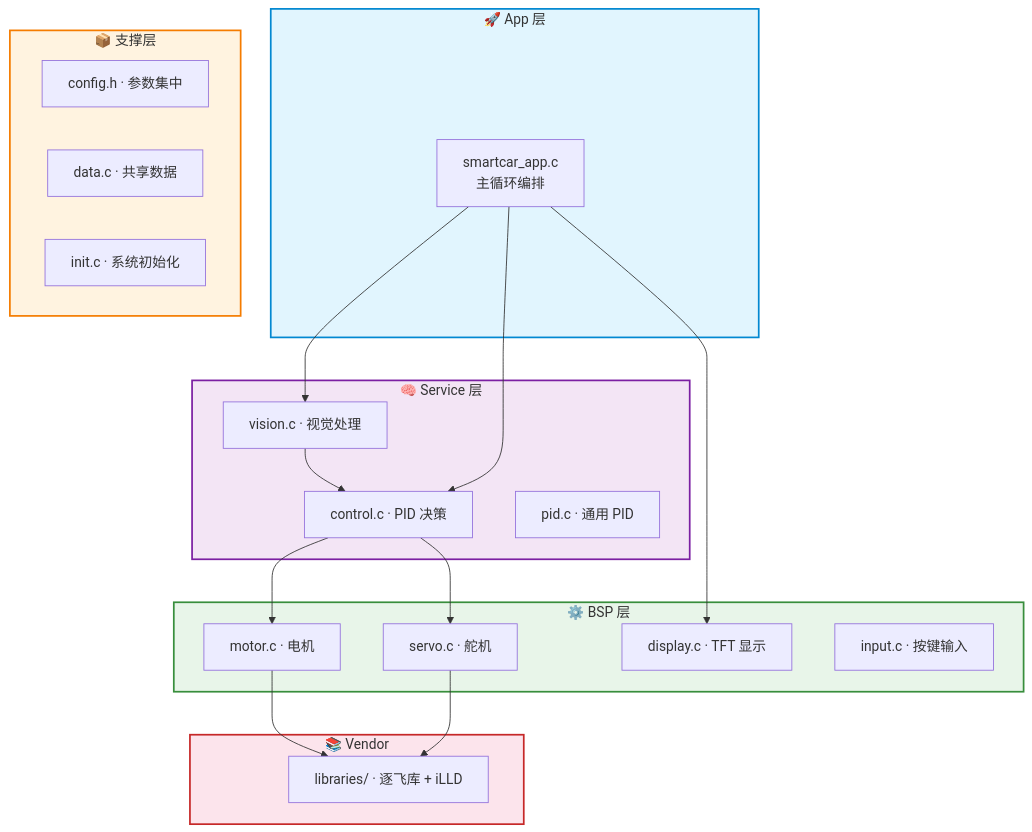
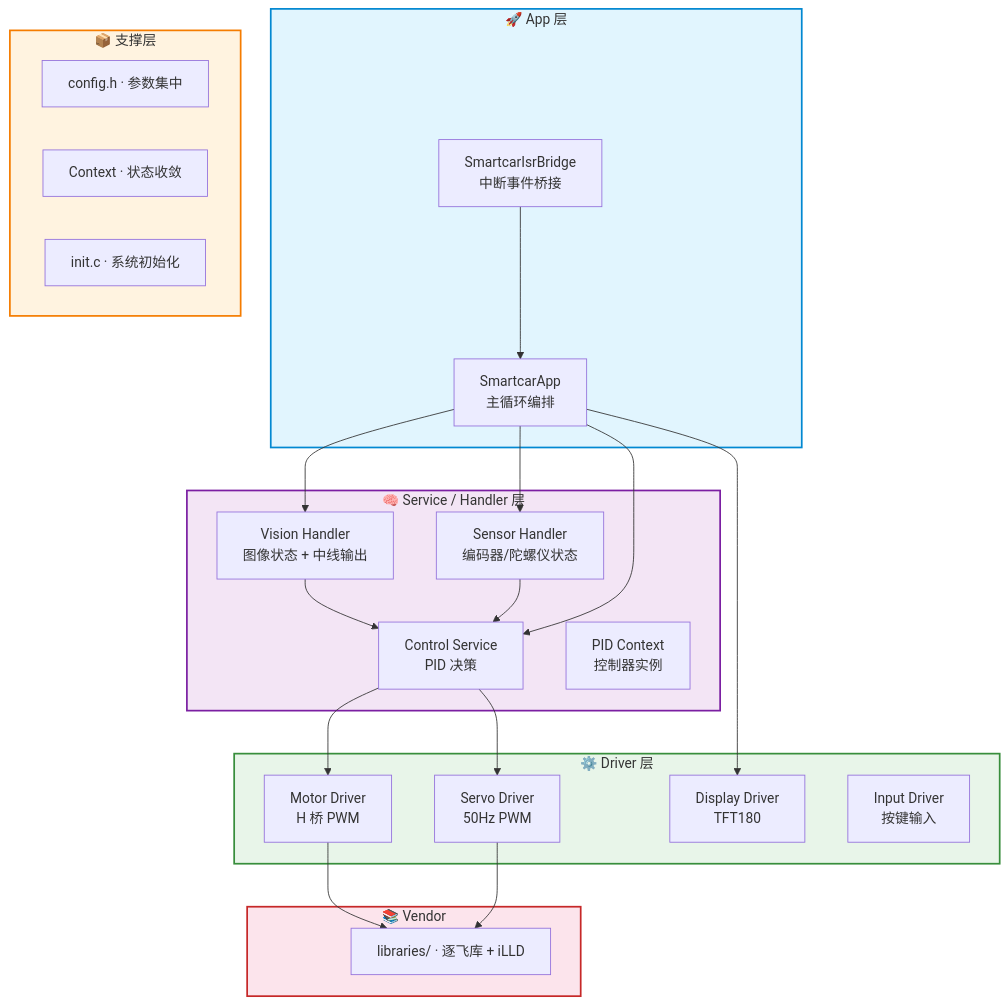
The first of 2 diagrams in README.md (ParacosmYy/GS_Smart_car), drawn with Mermaid before and after one commit. The commit also changed other lines of this file, not shown here.

````diff
--- a/README.md
+++ b/README.md
@@ -39,37 +42,41 @@
 ```mermaid
 graph TD
     subgraph APP ["🚀 App 层"]
-        A1["smartcar_app.c<br/>主循环编排"]
+        A1["SmartcarApp<br/>主循环编排"]
+        A2["SmartcarIsrBridge<br/>中断事件桥接"]
     end
-    subgraph SVC ["🧠 Service 层"]
-        V["vision.c · 视觉处理"]
-        C["control.c · PID 决策"]
-        P["pid.c · 通用 PID"]
+    subgraph SVC ["🧠 Service / Handler 层"]
+        V["Vision Handler<br/>图像状态 + 中线输出"]
+        SE["Sensor Handler<br/>编码器/陀螺仪状态"]
+        C["Control Service<br/>PID 决策"]
+        P["PID Context<br/>控制器实例"]
     end
-    subgraph BSP ["⚙️ BSP 层"]
-        M["motor.c · 电机"]
-        S["servo.c · 舵机"]
-        D["display.c · TFT 显示"]
-        I["input.c · 按键输入"]
+    subgraph BSP ["⚙️ Driver 层"]
+        M["Motor Driver<br/>H 桥 PWM"]
+        S["Servo Driver<br/>50Hz PWM"]
+        D["Display Driver<br/>TFT180"]
+        I["Input Driver<br/>按键输入"]
     end
     subgraph SUP ["📦 支撑层"]
         CF["config.h · 参数集中"]
-        DA["data.c · 共享数据"]
+        DA["Context · 状态收敛"]
         IN["init.c · 系统初始化"]
     end
     subgraph VEN ["📚 Vendor"]
         L["libraries/ · 逐飞库 + iLLD"]
     end
 
+    A2 --> A1
     A1 --> V --> C
+    A1 --> SE --> C
     A1 --> C
     C --> M & S
     A1 --> D
     M & S --> L
 
     style APP fill:#e1f5fe,stroke:#0288d1,stroke-width:2px
     style SVC fill:#f3e5f5,stroke:#7b1fa2,stroke-width:2px
     style BSP fill:#e8f5e9,stroke:#388e3c,stroke-width:2px
     style SUP fill:#fff3e0,stroke:#f57c00,stroke-width:2px
     style VEN fill:#fce4ec,stroke:#c62828,stroke-width:2px
 ```
````
